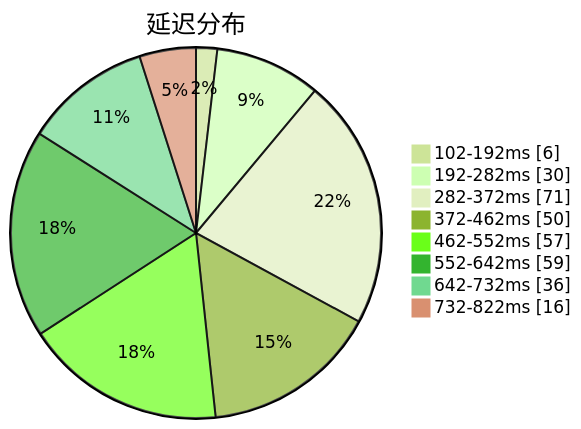
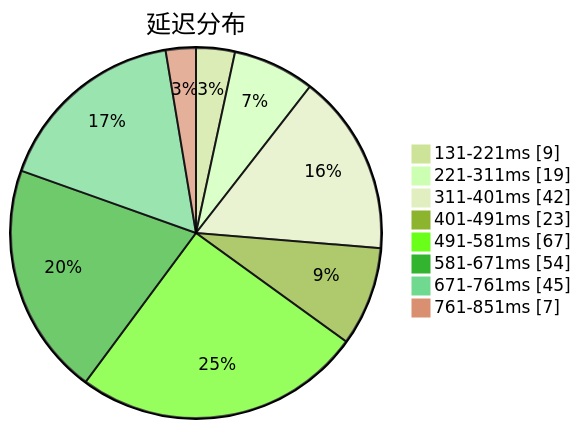
Before and after one commit to sinspired/airport: the first of 3 diagrams in subs/statistics/tested_within.md, drawn with Mermaid (forest theme). The commit also changed other lines of this file and 2 other files, not shown here.

````diff
--- a/subs/statistics/tested_within.md
+++ b/subs/statistics/tested_within.md
@@ -2,12 +2,12 @@
 ```mermaid
 pie showData
 title 延迟分布
-"102-192ms" : 6
-"192-282ms" : 30
-"282-372ms" : 71
-"372-462ms" : 50
-"462-552ms" : 57
-"552-642ms" : 59
-"642-732ms" : 36
-"732-822ms" : 16
+"131-221ms" : 9
+"221-311ms" : 19
+"311-401ms" : 42
+"401-491ms" : 23
+"491-581ms" : 67
+"581-671ms" : 54
+"671-761ms" : 45
+"761-851ms" : 7
 ```
````
